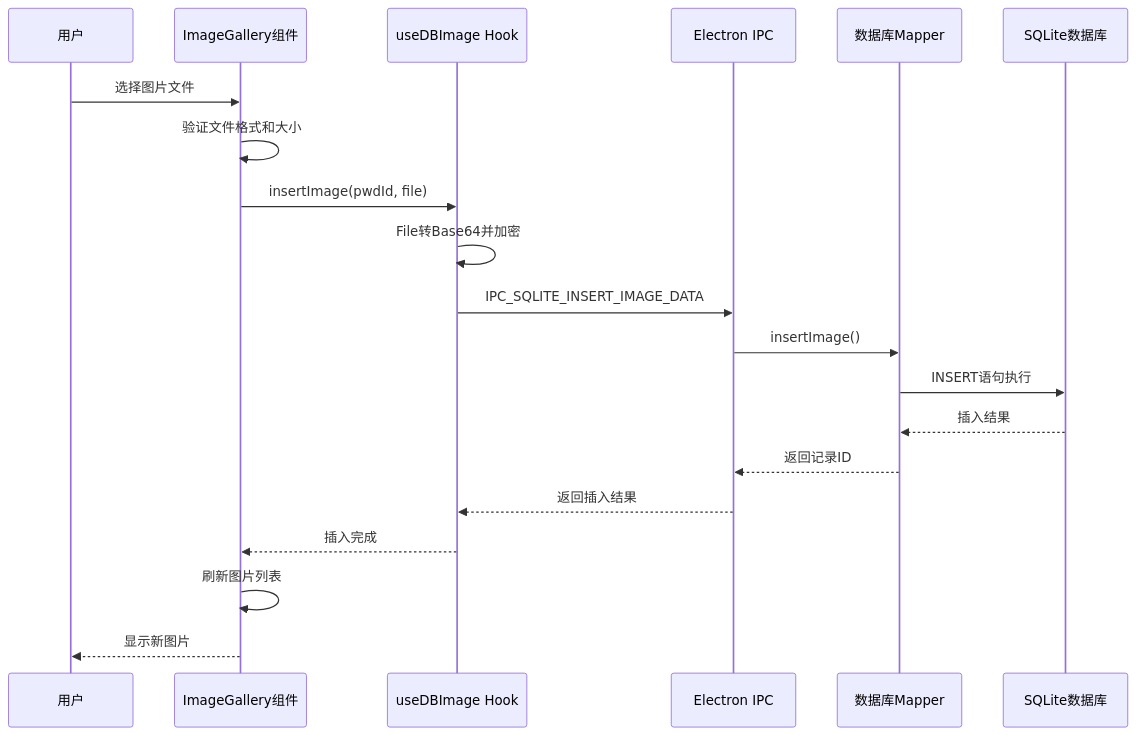
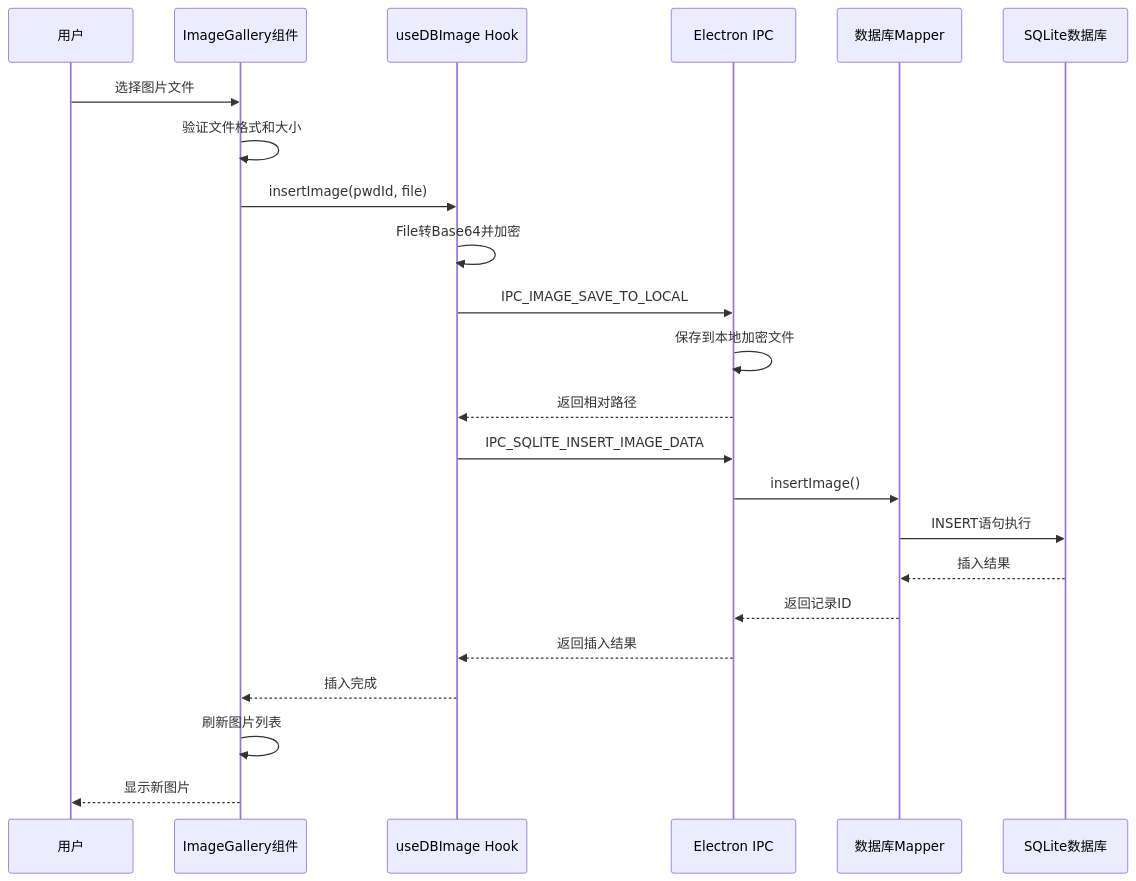
Before and after one commit to scgithub3220216/password-manager: the second of 8 diagrams in .qoder/repowiki/zh/content/前端组件系统/密码管理组件/图像画廊组件.md, drawn with Mermaid. The commit also changed other lines of this file and 23 other files, not shown here.

First line of the commit message:
feat(sync): 完善图像数据同步架构与处理逻辑

````diff
--- a/.qoder/repowiki/zh/content/前端组件系统/密码管理组件/图像画廊组件.md
+++ b/.qoder/repowiki/zh/content/前端组件系统/密码管理组件/图像画廊组件.md
@@ -122,22 +126,25 @@
 ```mermaid
 sequenceDiagram
 participant User as 用户
 participant Gallery as ImageGallery组件
 participant Hook as useDBImage Hook
 participant IPC as Electron IPC
 participant Mapper as 数据库Mapper
 participant DB as SQLite数据库
 User->>Gallery : 选择图片文件
 Gallery->>Gallery : 验证文件格式和大小
 Gallery->>Hook : insertImage(pwdId, file)
 Hook->>Hook : File转Base64并加密
+Hook->>IPC : IPC_IMAGE_SAVE_TO_LOCAL
+IPC->>IPC : 保存到本地加密文件
+IPC-->>Hook : 返回相对路径
 Hook->>IPC : IPC_SQLITE_INSERT_IMAGE_DATA
 IPC->>Mapper : insertImage()
 Mapper->>DB : INSERT语句执行
 DB-->>Mapper : 插入结果
 Mapper-->>IPC : 返回记录ID
 IPC-->>Hook : 返回插入结果
 Hook-->>Gallery : 插入完成
 Gallery->>Gallery : 刷新图片列表
 Gallery-->>User : 显示新图片
 ```
````
